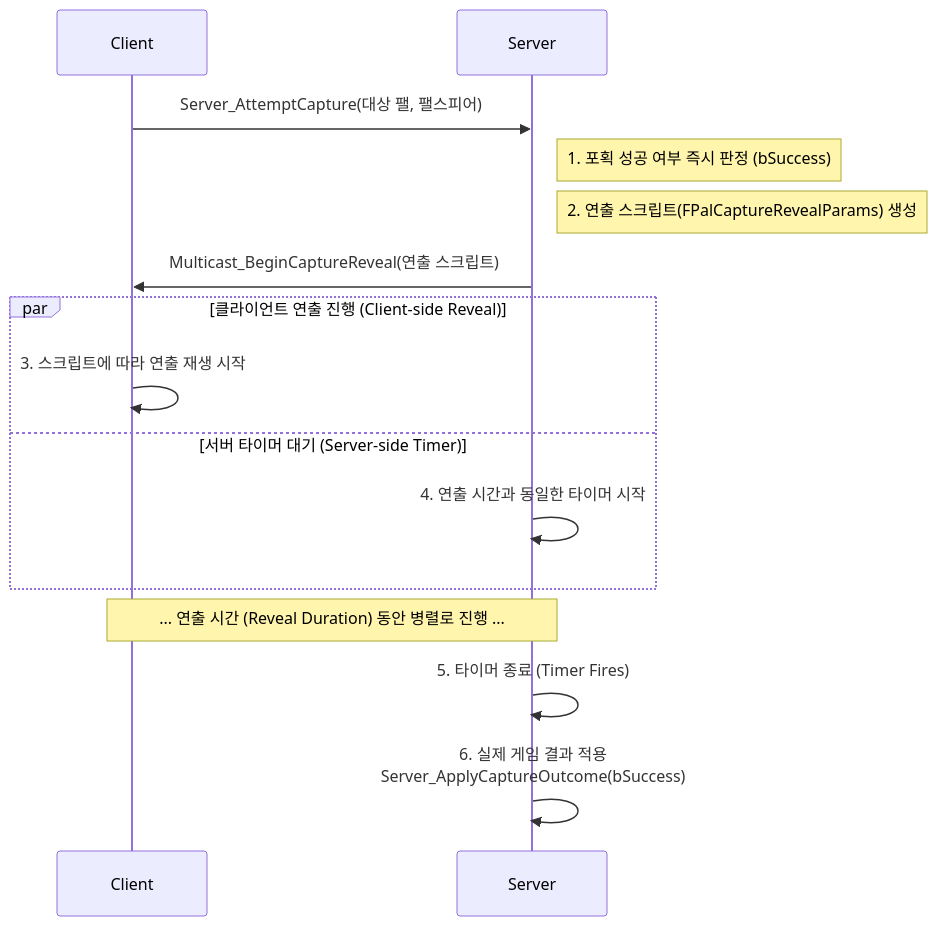
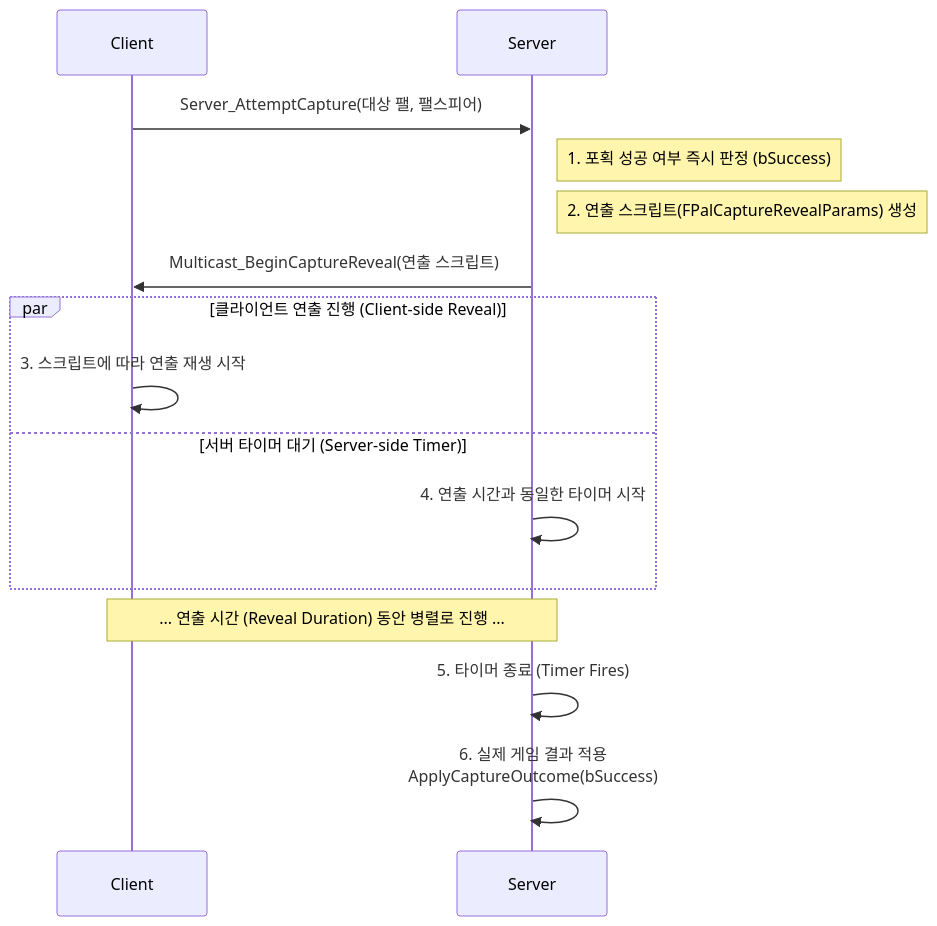
One commit to chungheonLee0325/Sonheim changed the second of 2 diagrams in Doc/Wiki/8.1_Case_Study_Pal_Capture_Sequence.md. Above: the diagram before and after it, drawn with Mermaid. The commit also changed other lines of this file and 1 other file, not shown here.

First line of the commit message:
docs: 위키의 포획 결과 함수 이름을 ApplyCaptureOutcome으로 갱신

````diff
--- a/Doc/Wiki/8.1_Case_Study_Pal_Capture_Sequence.md
+++ b/Doc/Wiki/8.1_Case_Study_Pal_Capture_Sequence.md
@@ -58,21 +58,21 @@
 ```mermaid
 sequenceDiagram
     participant Client
     participant Server
 
     Client->>Server: Server_AttemptCapture(대상 팰, 팰스피어)
     Note right of Server: 1. 포획 성공 여부 즉시 판정 (bSuccess)
     Note right of Server: 2. 연출 스크립트(FPalCaptureRevealParams) 생성
     Server->>Client: Multicast_BeginCaptureReveal(연출 스크립트)
 
     par 클라이언트 연출 진행 (Client-side Reveal)
         Client->>Client: 3. 스크립트에 따라 연출 재생 시작
     and 서버 타이머 대기 (Server-side Timer)
         Server->>Server: 4. 연출 시간과 동일한 타이머 시작
     end
 
     Note over Client,Server: ... 연출 시간 (Reveal Duration) 동안 병렬로 진행 ...
 
     Server->>Server: 5. 타이머 종료 (Timer Fires)
-    Server->>Server: 6. 실제 게임 결과 적용<br>Server_ApplyCaptureOutcome(bSuccess)
+    Server->>Server: 6. 실제 게임 결과 적용<br>ApplyCaptureOutcome(bSuccess)
 ```
````
